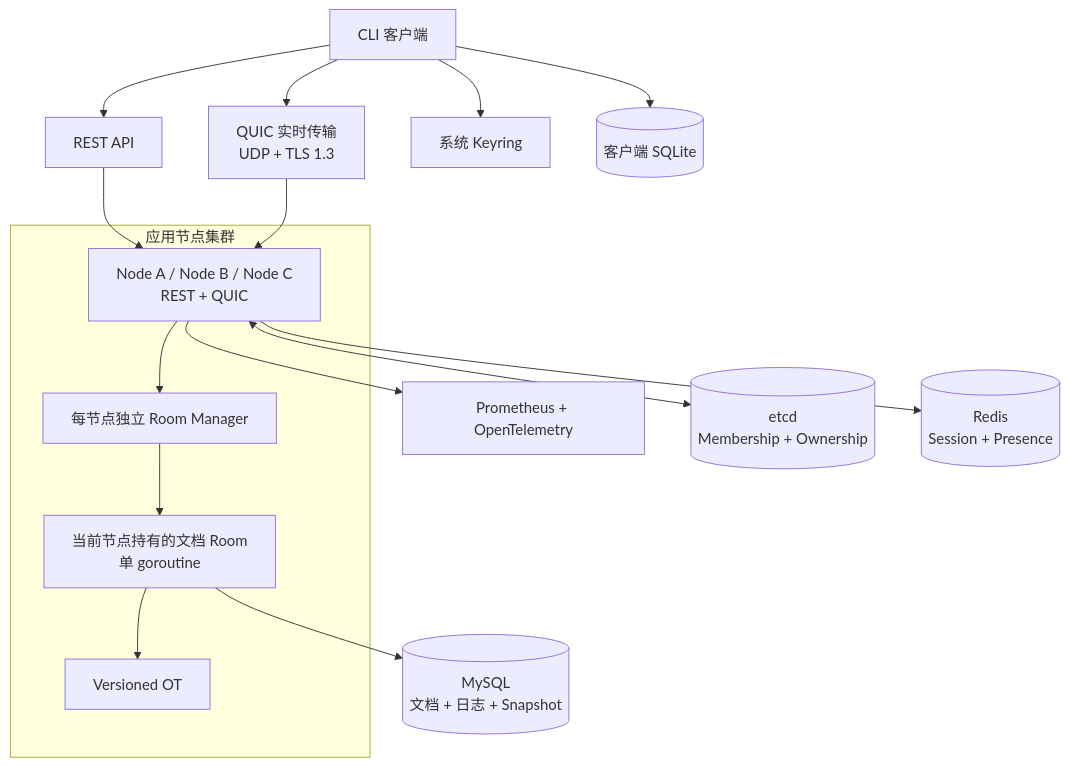
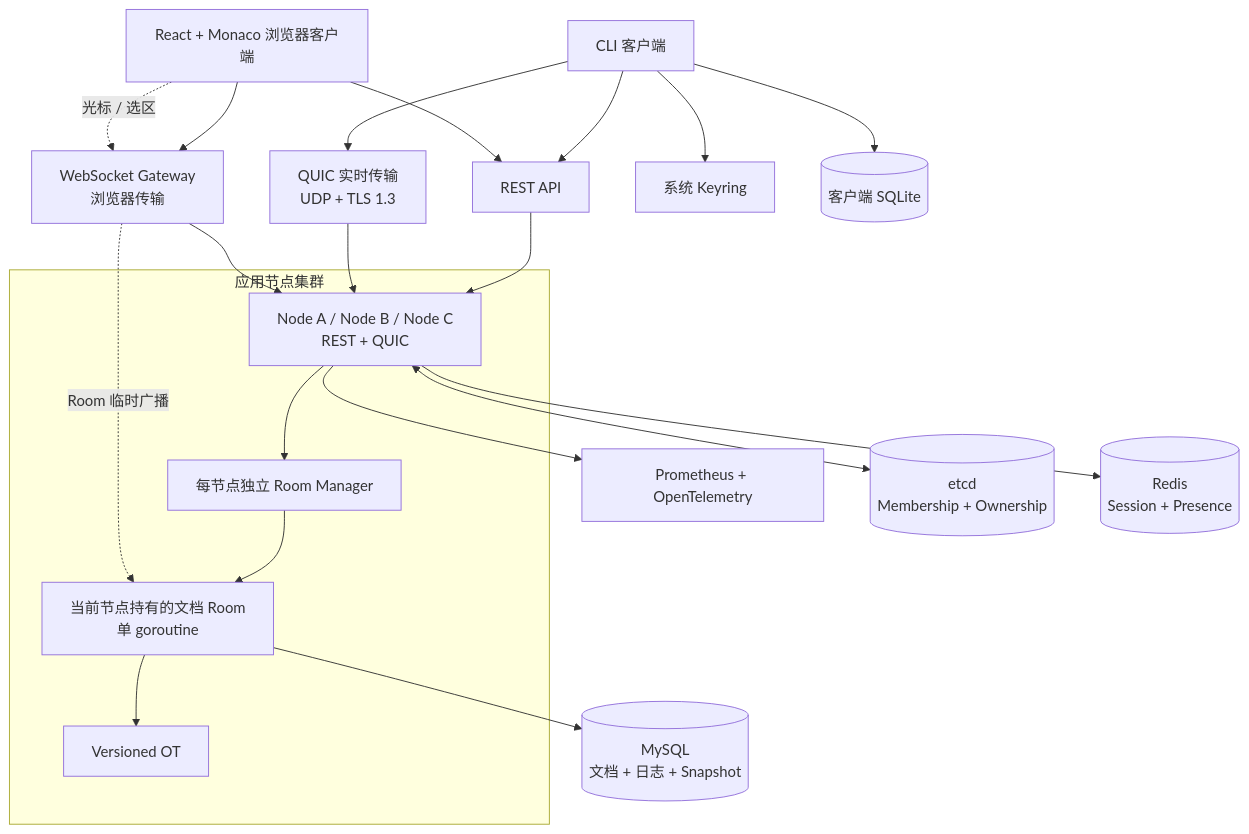
Before and after one commit to jiawei-wang-dev/go-realtime-collab-editor: the diagram in README.zh-CN.md, drawn with Mermaid. The commit also changed other lines of this file and 18 other files, not shown here.

````diff
--- a/README.zh-CN.md
+++ b/README.zh-CN.md
@@ -37,34 +39,41 @@
 ```mermaid
 flowchart TB
     Client[CLI 客户端]
+    Browser[React + Monaco 浏览器客户端]
     REST[REST API]
     QUIC[QUIC 实时传输<br/>UDP + TLS 1.3]
+    WS[WebSocket Gateway<br/>浏览器传输]
     Keyring[系统 Keyring]
     SQLite[(客户端 SQLite)]
     Obs[Prometheus + OpenTelemetry]
 
     subgraph Cluster[应用节点集群]
         Nodes[Node A / Node B / Node C<br/>REST + QUIC]
         RM[每节点独立 Room Manager]
         Room[当前节点持有的文档 Room<br/>单 goroutine]
         OT[Versioned OT]
     end
 
     Etcd[(etcd<br/>Membership + Ownership)]
     MySQL[(MySQL<br/>文档 + 日志 + Snapshot)]
     Redis[(Redis<br/>Session + Presence)]
 
     Client --> REST
     Client --> QUIC
+    Browser --> REST
+    Browser --> WS
     Client --> SQLite
     Client --> Keyring
     REST --> Nodes
     QUIC --> Nodes
+    WS --> Nodes
     Nodes --> RM
     RM --> Room
     Room --> OT
+    Browser -. 光标 / 选区 .-> WS
+    WS -. Room 临时广播 .-> Room
     Nodes <--> Etcd
     Room --> MySQL
     Nodes --> Redis
     Nodes --> Obs
 ```
````
